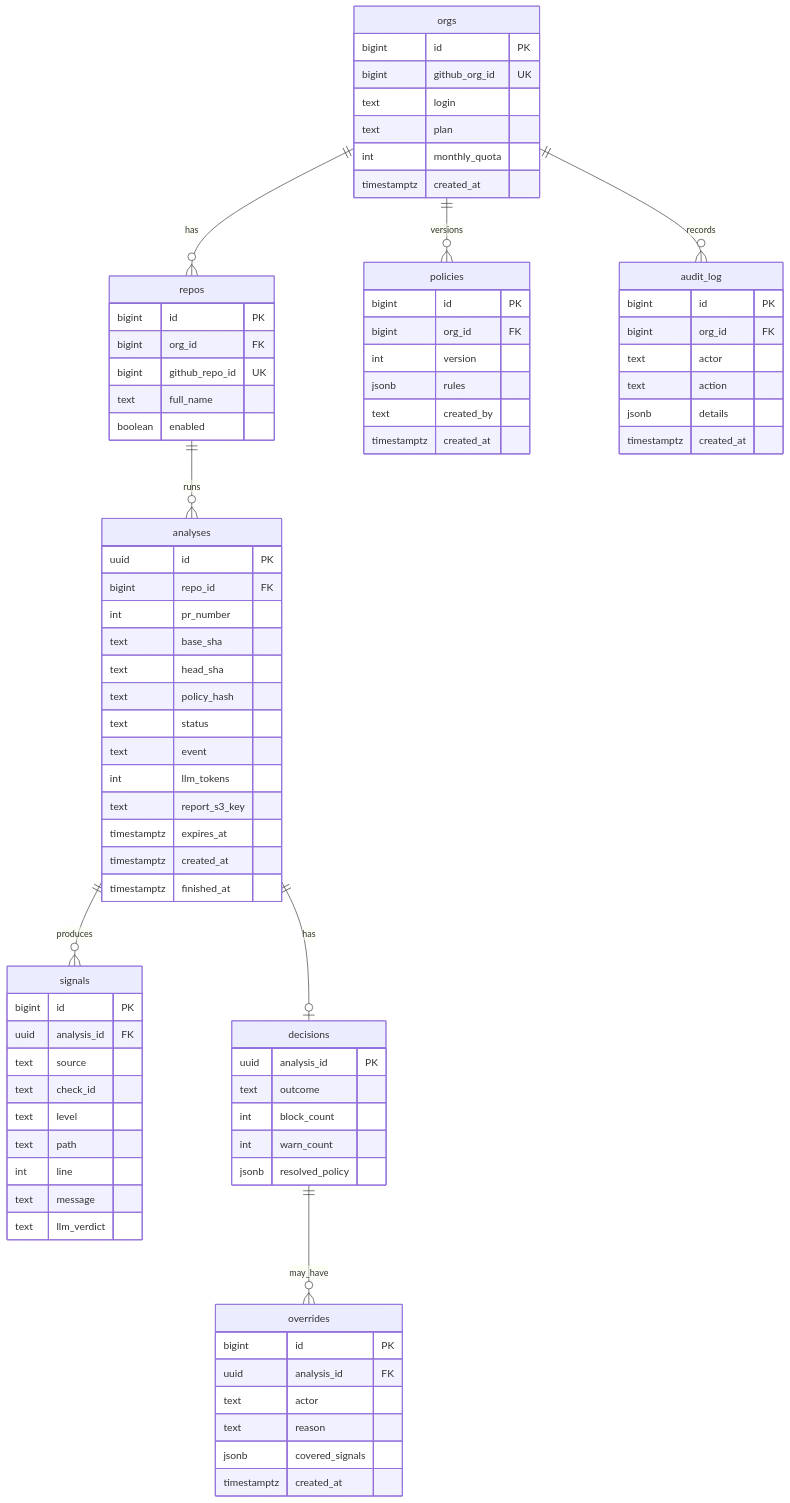
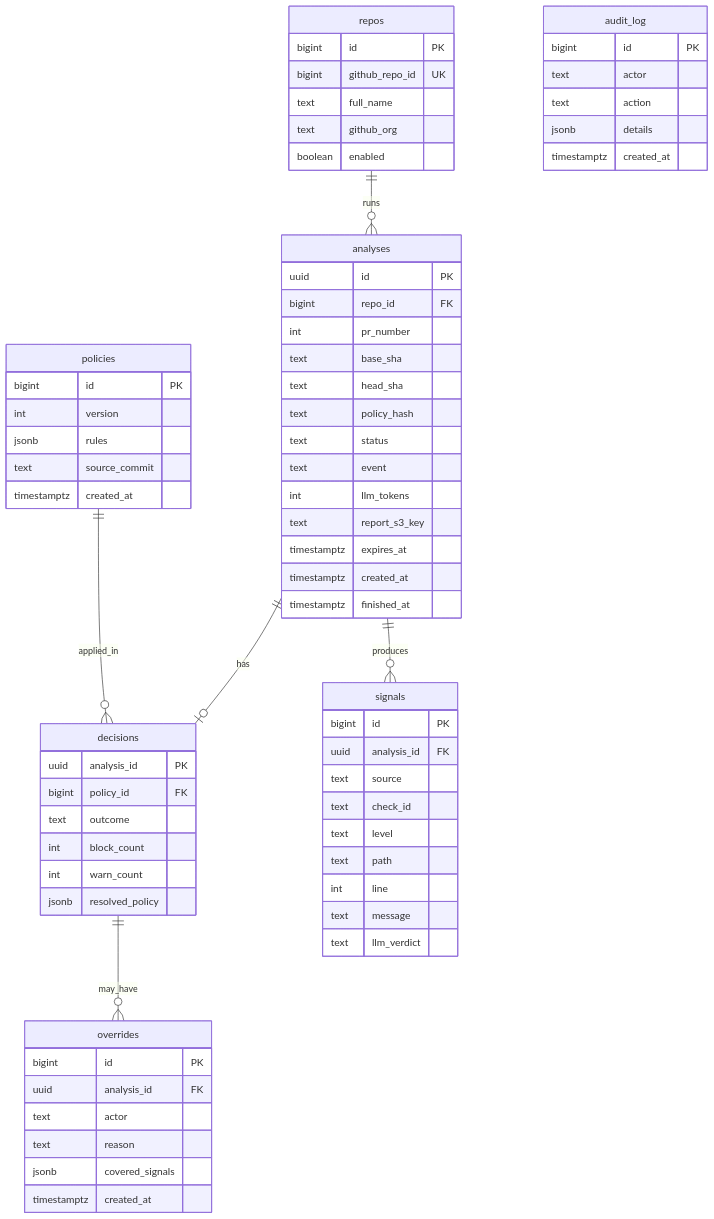
One commit to pato-byepaper/diffsense changed the fourth of 4 diagrams in docs/diffwise-cloud.md. Above: the diagram before and after it, drawn with Mermaid. The commit also changed other lines of this file, not shown here.

````diff
--- a/docs/diffwise-cloud.md
+++ b/docs/diffwise-cloud.md
@@ -395,34 +543,23 @@
 ```mermaid
 erDiagram
-    orgs ||--o{ repos : has
-    orgs ||--o{ policies : versions
     repos ||--o{ analyses : runs
+    policies ||--o{ decisions : applied_in
     analyses ||--o{ signals : produces
     analyses ||--o| decisions : has
     decisions ||--o{ overrides : may_have
-    orgs ||--o{ audit_log : records
 
-    orgs {
-        bigint id PK
-        bigint github_org_id UK
-        text login
-        text plan
-        int monthly_quota
-        timestamptz created_at
-    }
     repos {
         bigint id PK
-        bigint org_id FK
         bigint github_repo_id UK
         text full_name
+        text github_org
         boolean enabled
     }
     policies {
         bigint id PK
-        bigint org_id FK
         int version
         jsonb rules
-        text created_by
+        text source_commit
         timestamptz created_at
     }
     analyses {
@@ -453,6 +590,7 @@
     }
     decisions {
         uuid analysis_id PK
+        bigint policy_id FK
         text outcome
         int block_count
         int warn_count
@@ -468,7 +606,6 @@
     }
     audit_log {
         bigint id PK
-        bigint org_id FK
         text actor
         text action
         jsonb details
````
